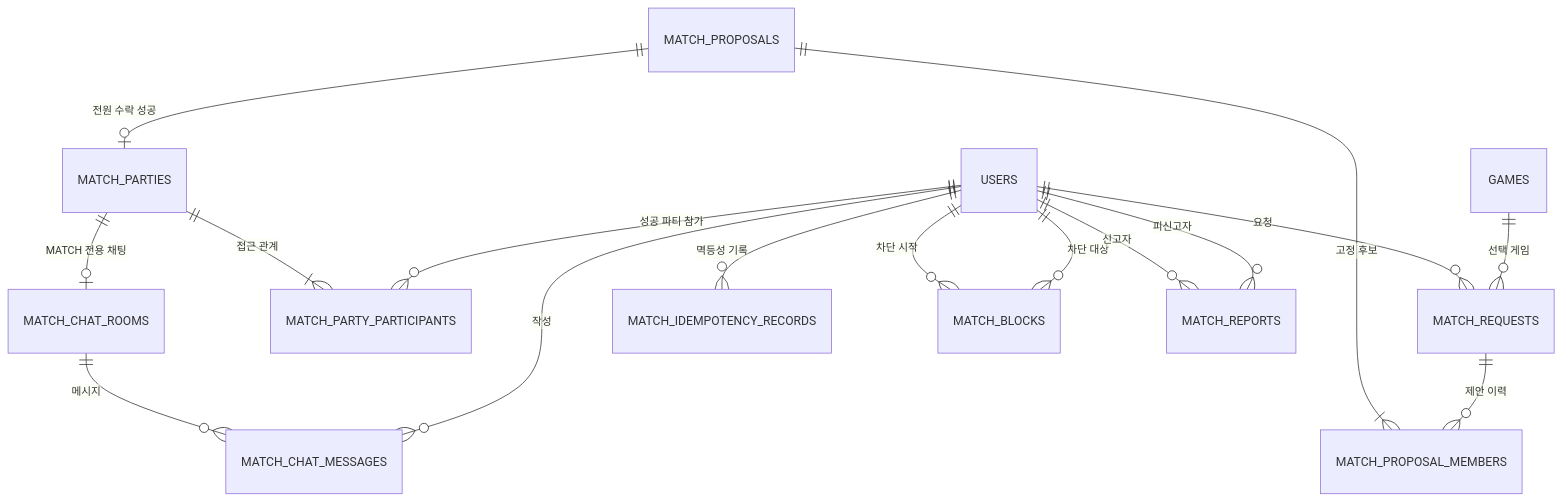
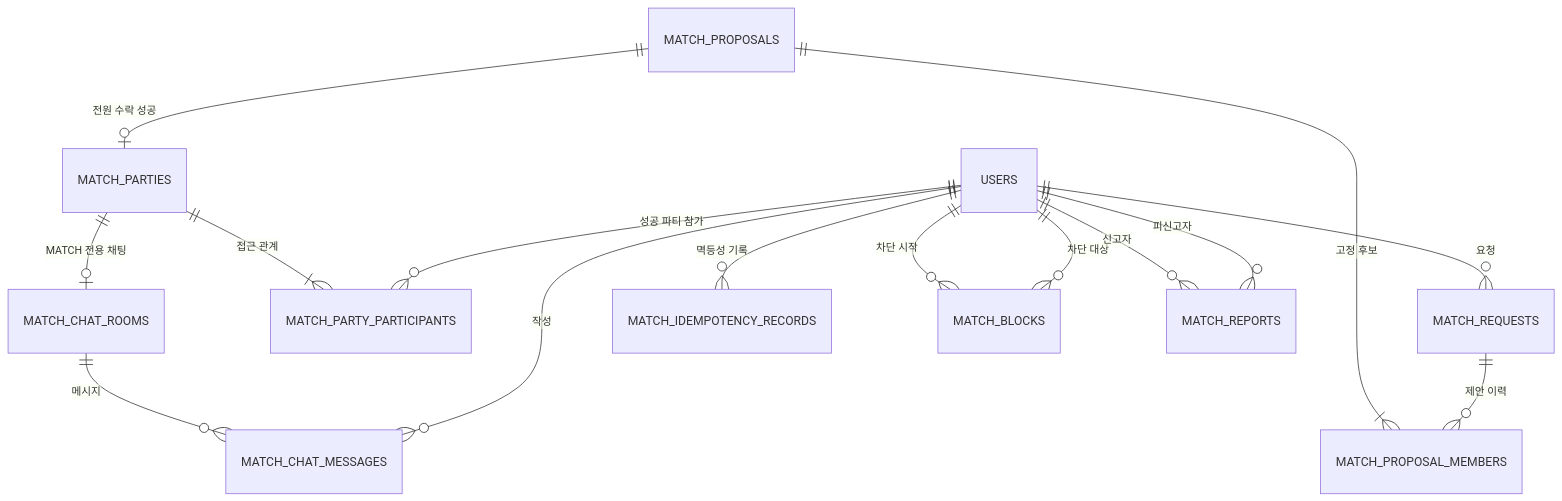
Before and after one commit to bamsongi-club/albam-mate: the fourth of 4 diagrams in docs/ERD.md, drawn with Mermaid. The commit also changed other lines of this file and 12 other files, not shown here.

```diff
--- a/docs/ERD.md
+++ b/docs/ERD.md
@@ -830,18 +830,17 @@
 ~~~mermaid
 erDiagram
     USERS ||--o{ MATCH_REQUESTS : "요청"
-    GAMES ||--o{ MATCH_REQUESTS : "선택 게임"
     MATCH_PROPOSALS ||--|{ MATCH_PROPOSAL_MEMBERS : "고정 후보"
     MATCH_REQUESTS ||--o{ MATCH_PROPOSAL_MEMBERS : "제안 이력"
     MATCH_PROPOSALS ||--o| MATCH_PARTIES : "전원 수락 성공"
     MATCH_PARTIES ||--|{ MATCH_PARTY_PARTICIPANTS : "접근 관계"
     USERS ||--o{ MATCH_PARTY_PARTICIPANTS : "성공 파티 참가"
     MATCH_PARTIES ||--o| MATCH_CHAT_ROOMS : "MATCH 전용 채팅"
     MATCH_CHAT_ROOMS ||--o{ MATCH_CHAT_MESSAGES : "메시지"
     USERS ||--o{ MATCH_CHAT_MESSAGES : "작성"
     USERS ||--o{ MATCH_IDEMPOTENCY_RECORDS : "멱등성 기록"
     USERS ||--o{ MATCH_BLOCKS : "차단 시작"
     USERS ||--o{ MATCH_BLOCKS : "차단 대상"
     USERS ||--o{ MATCH_REPORTS : "신고자"
     USERS ||--o{ MATCH_REPORTS : "피신고자"
 ~~~
```
